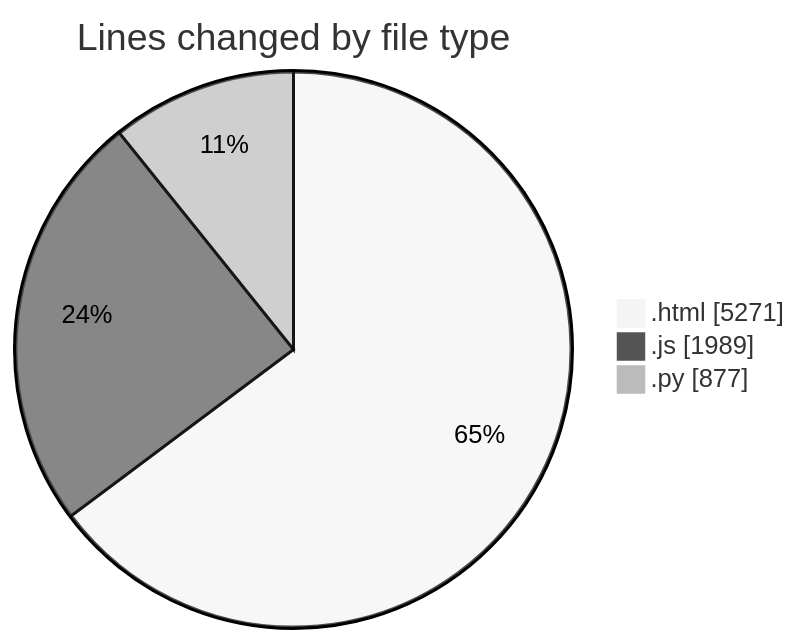
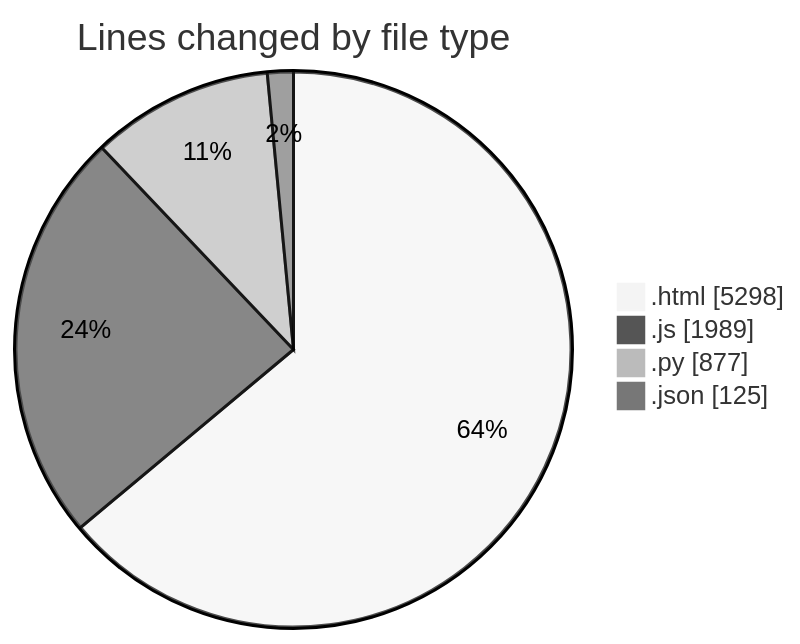
One commit to shibass792/code-tracking changed the first of 2 diagrams in 2026-07-15/shibass-ai/README.md. Above: the diagram before and after it, drawn with Mermaid (neutral theme). The commit also changed other lines of this file and 1 other file, not shown here.

````diff
--- a/2026-07-15/shibass-ai/README.md
+++ b/2026-07-15/shibass-ai/README.md
@@ -27,7 +28,8 @@
 ```mermaid
 pie showData
 title Lines changed by file type
-".html" : 5271
+".html" : 5298
 ".js" : 1989
 ".py" : 877
+".json" : 125
 ```
````
